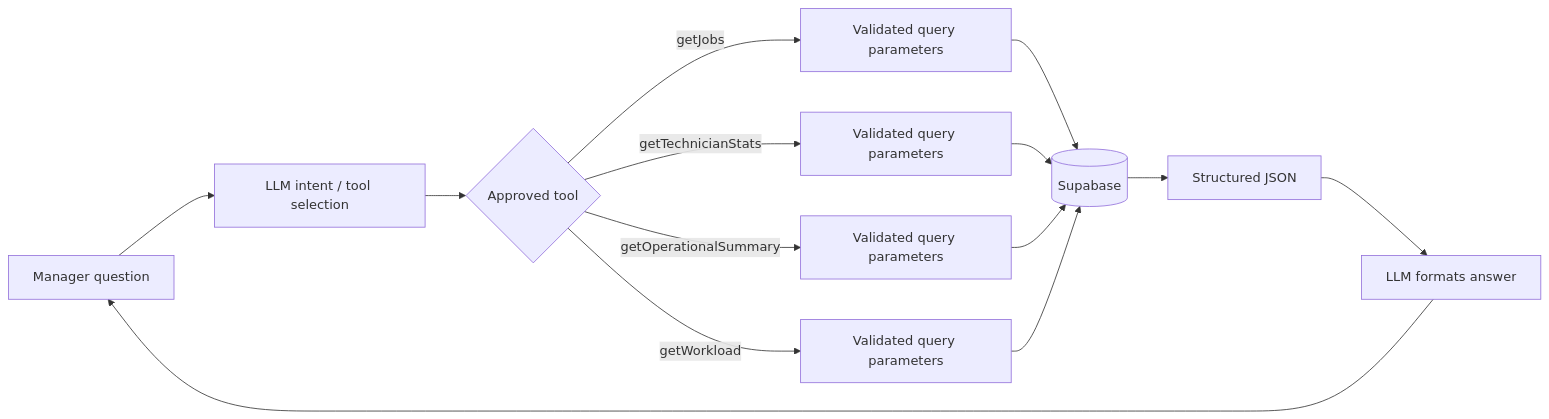
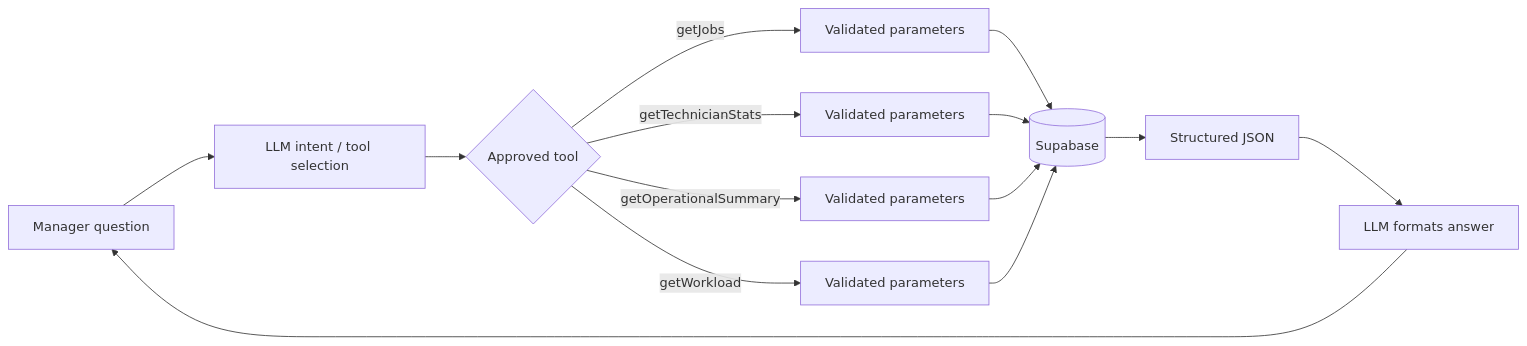
The sixth of 12 diagrams in docs/SYSTEM_SPEC.md (wong001110/sejukops-assessment), drawn with Mermaid before and after one commit. The commit also changed other lines of this file, not shown here.

````diff
--- a/docs/SYSTEM_SPEC.md
+++ b/docs/SYSTEM_SPEC.md
@@ -520,16 +473,16 @@
 ```mermaid
 flowchart LR
     U[Manager question] --> I[LLM intent / tool selection]
     I --> T{Approved tool}
-    T -->|getJobs| Q1[Validated query parameters]
-    T -->|getTechnicianStats| Q2[Validated query parameters]
-    T -->|getOperationalSummary| Q3[Validated query parameters]
-    T -->|getWorkload| Q4[Validated query parameters]
+    T -->|getJobs| Q1[Validated parameters]
+    T -->|getTechnicianStats| Q2[Validated parameters]
+    T -->|getOperationalSummary| Q3[Validated parameters]
+    T -->|getWorkload| Q4[Validated parameters]
     Q1 --> DB[(Supabase)]
     Q2 --> DB
     Q3 --> DB
     Q4 --> DB
     DB --> S[Structured JSON]
     S --> F[LLM formats answer]
     F --> U
 ```
````
